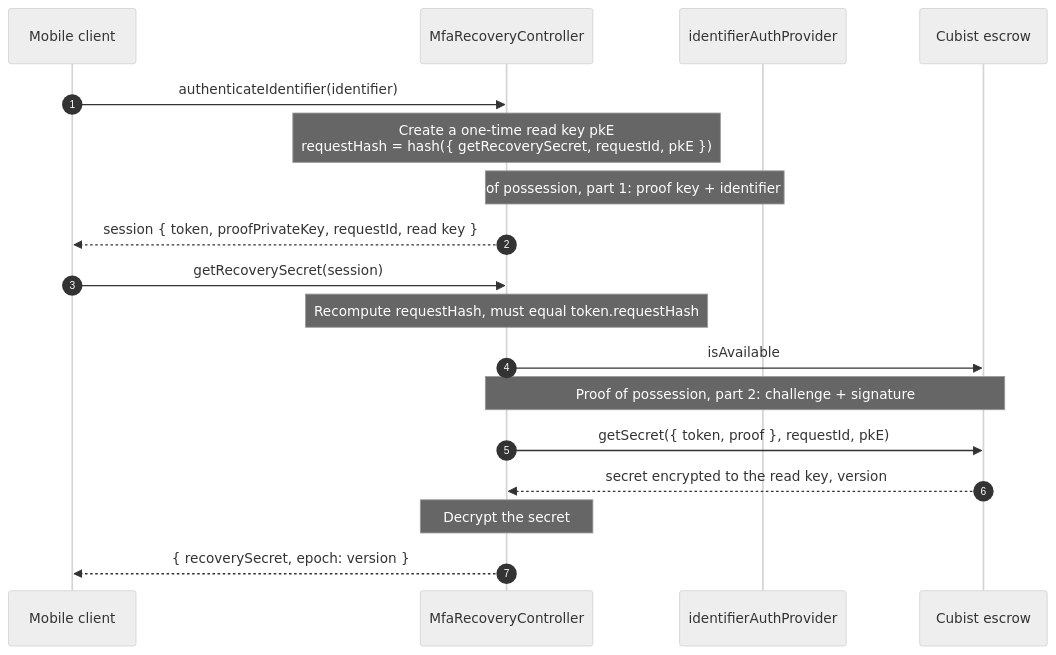
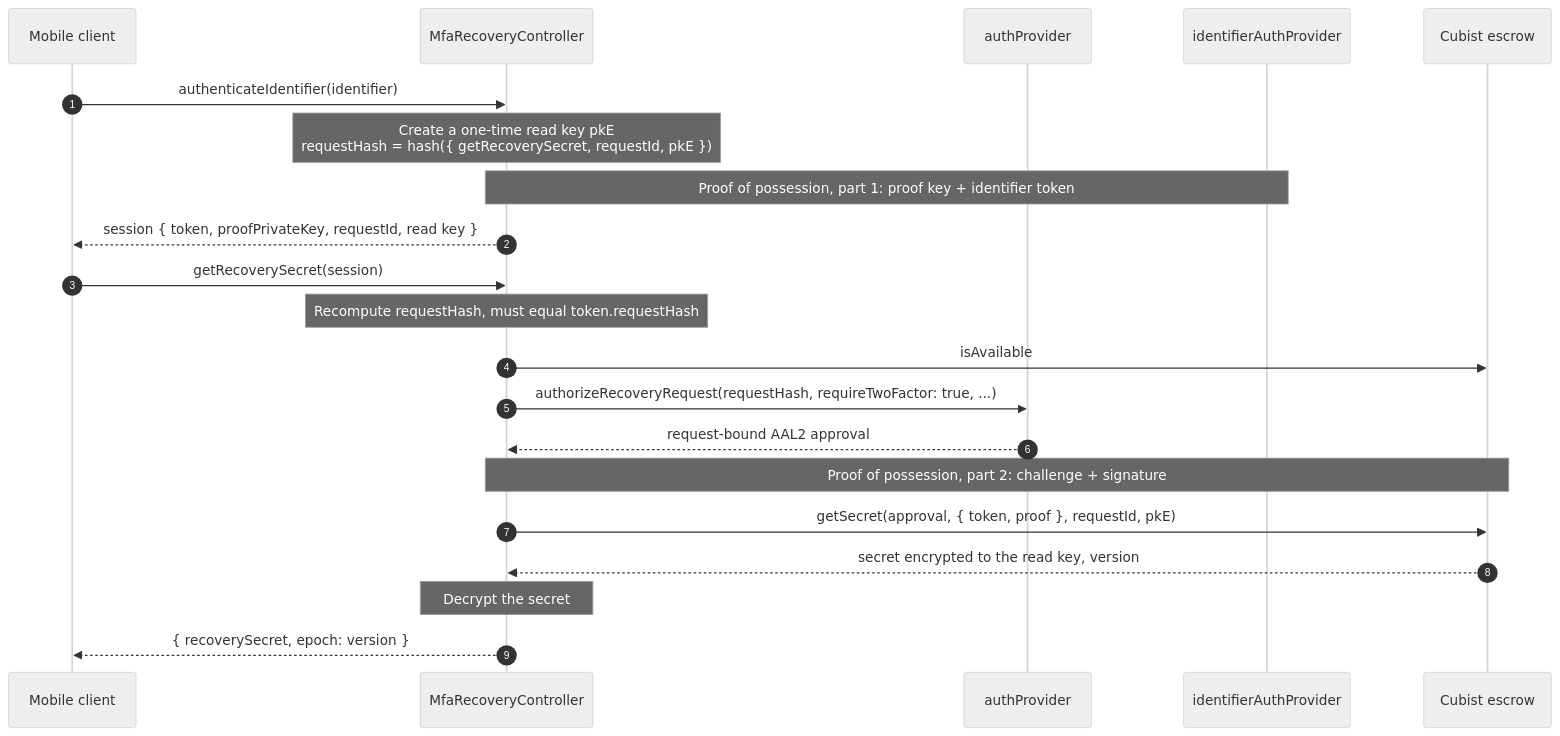
Before and after one commit to MetaMask/core: the third of 3 diagrams in packages/mfa-recovery-controller/CUBIST_TEST_SEQUENCE.md, drawn with Mermaid (neutral theme). The commit also changed other lines of this file and 12 other files, not shown here.

Commit message:
fix: require AAL2 approvals for recovery reads and writes

````diff
--- a/packages/mfa-recovery-controller/CUBIST_TEST_SEQUENCE.md
+++ b/packages/mfa-recovery-controller/CUBIST_TEST_SEQUENCE.md
@@ -173,22 +113,25 @@
 ```mermaid
 sequenceDiagram
   autonumber
   participant Mobile as Mobile client
   participant C as MfaRecoveryController
+  participant Auth as authProvider
   participant Id as identifierAuthProvider
   participant Cubist as Cubist escrow
 
   Mobile->>C: authenticateIdentifier(identifier)
   Note over C: Create a one-time read key pkE<br/>requestHash = hash({ getRecoverySecret, requestId, pkE })
   Note over C,Id: Proof of possession, part 1: proof key + identifier token
   C-->>Mobile: session { token, proofPrivateKey, requestId, read key }
 
   Mobile->>C: getRecoverySecret(session)
   Note over C: Recompute requestHash, must equal token.requestHash
   C->>Cubist: isAvailable
+  C->>Auth: authorizeRecoveryRequest(requestHash, requireTwoFactor: true, ...)
+  Auth-->>C: request-bound AAL2 approval
   Note over C,Cubist: Proof of possession, part 2: challenge + signature
-  C->>Cubist: getSecret({ token, proof }, requestId, pkE)
+  C->>Cubist: getSecret(approval, { token, proof }, requestId, pkE)
   Cubist-->>C: secret encrypted to the read key, version
   Note over C: Decrypt the secret
   C-->>Mobile: { recoverySecret, epoch: version }
 ```
````
